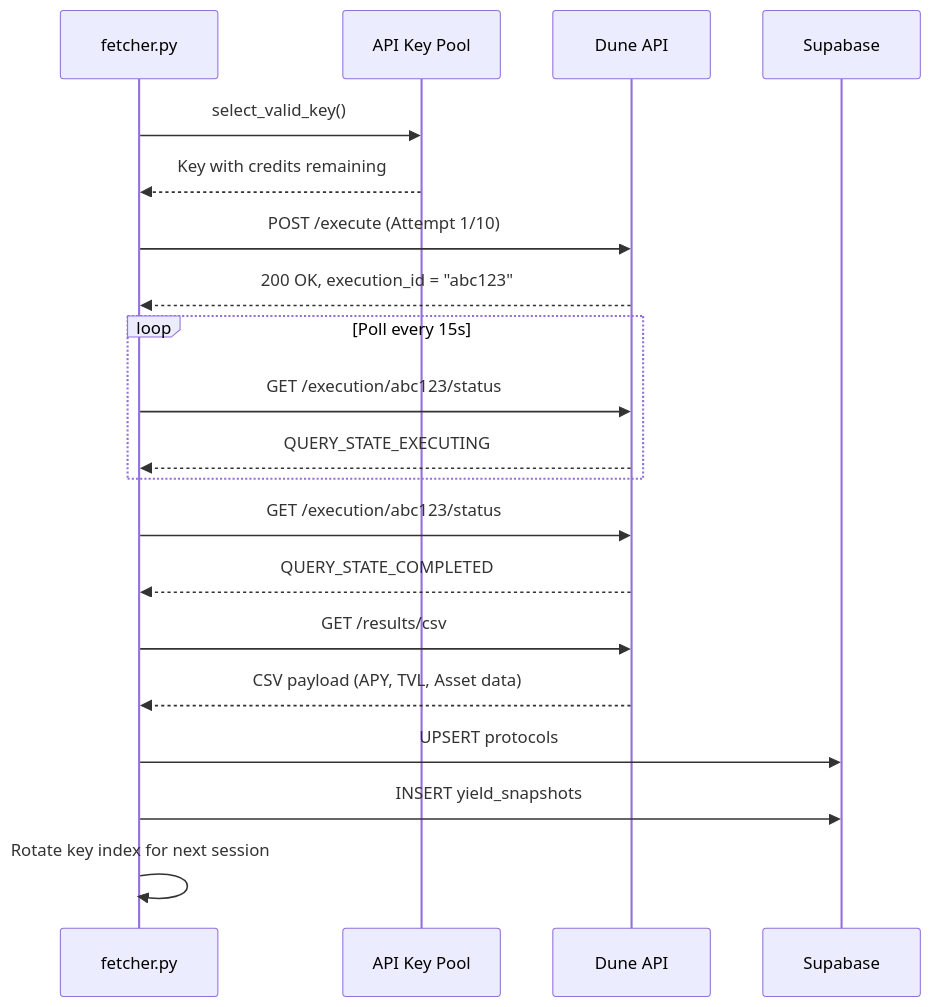
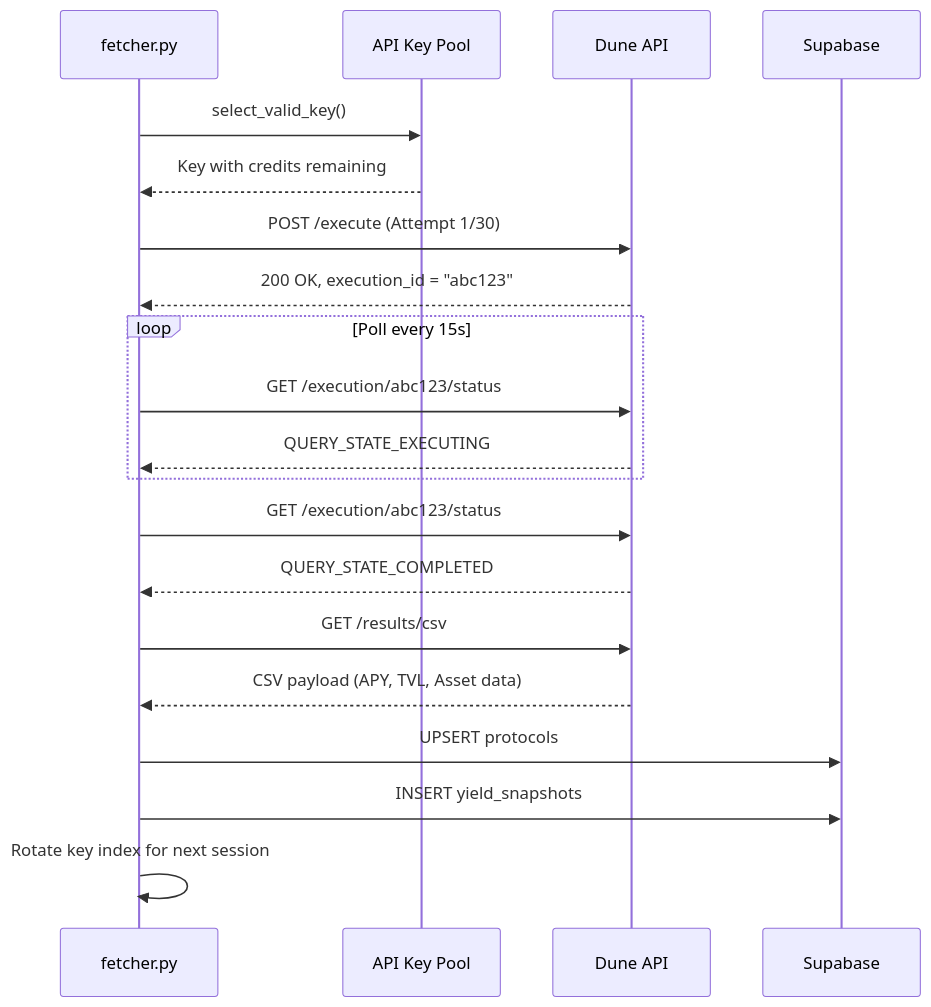
One commit to joshuatochinwachi/Yield-Sage changed the second of 6 diagrams in docs/dune_fetcher_retry.md. Above: the diagram before and after it, drawn with Mermaid. The commit also changed other lines of this file and 1 other file, not shown here.

````diff
--- a/docs/dune_fetcher_retry.md
+++ b/docs/dune_fetcher_retry.md
@@ -69,28 +69,28 @@
 ```mermaid
 sequenceDiagram
     participant F as fetcher.py
     participant K as API Key Pool
     participant D as Dune API
     participant DB as Supabase
 
     F->>K: select_valid_key()
     K-->>F: Key with credits remaining
 
-    F->>D: POST /execute (Attempt 1/10)
+    F->>D: POST /execute (Attempt 1/30)
     D-->>F: 200 OK, execution_id = "abc123"
 
     loop Poll every 15s
         F->>D: GET /execution/abc123/status
         D-->>F: QUERY_STATE_EXECUTING
     end
 
     F->>D: GET /execution/abc123/status
     D-->>F: QUERY_STATE_COMPLETED
 
     F->>D: GET /results/csv
     D-->>F: CSV payload (APY, TVL, Asset data)
 
     F->>DB: UPSERT protocols
     F->>DB: INSERT yield_snapshots
     F->>F: Rotate key index for next session
 ```
````
